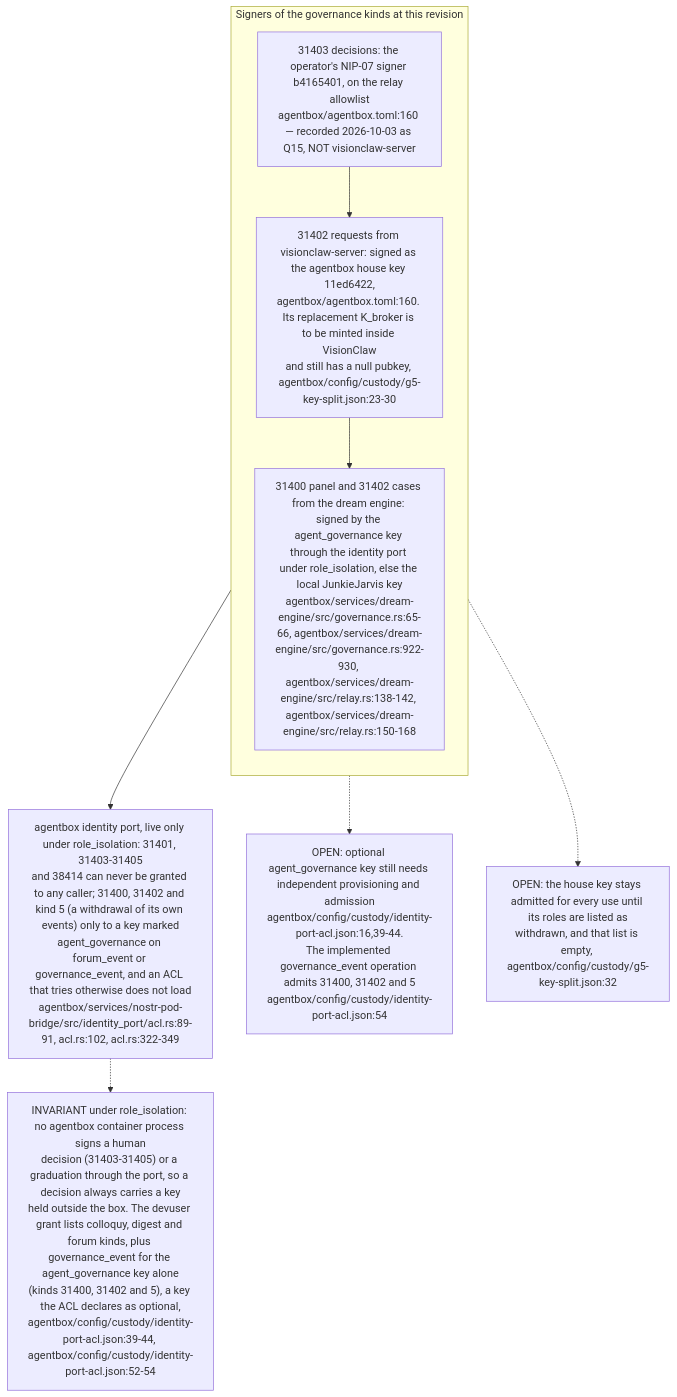
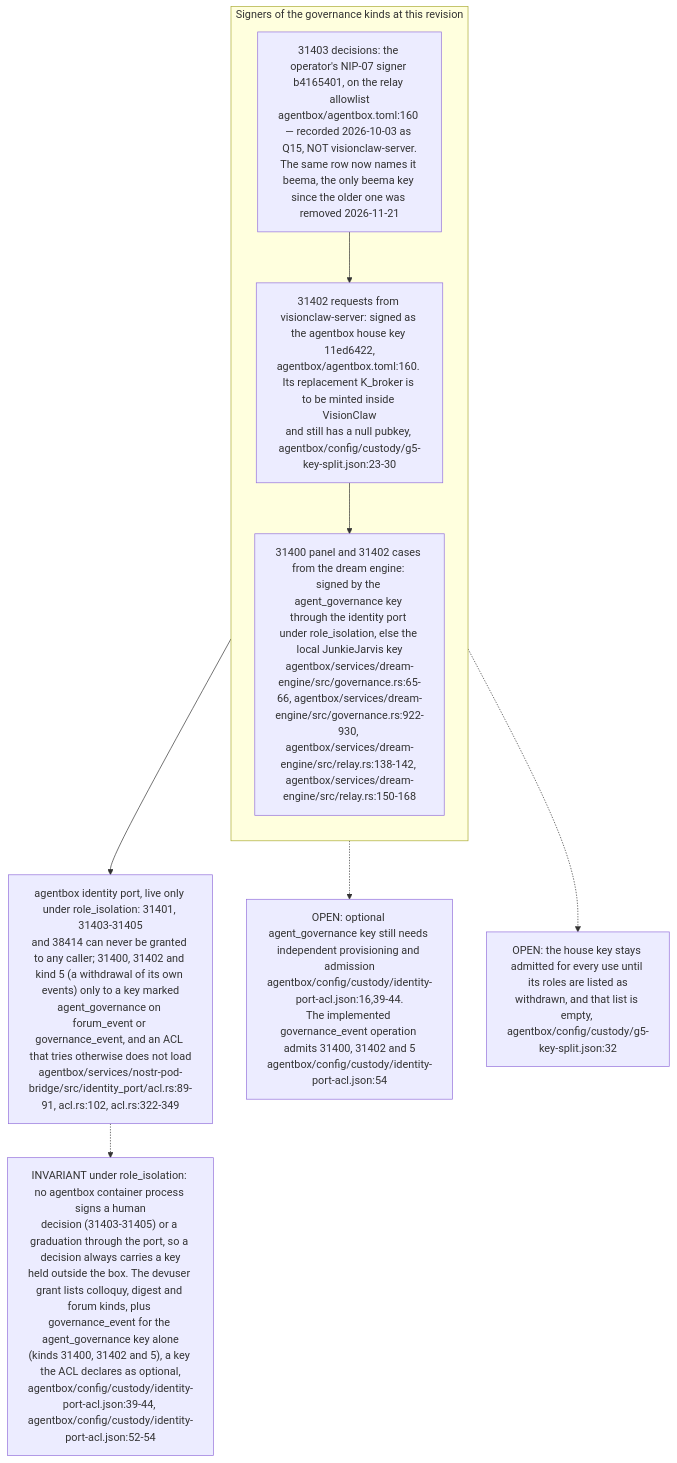
One commit to DreamLab-AI/VisionFlow changed diagram 11 of 12 in docs/diagrams/estate/05-governance-loop-across-estate.md. Above: the diagram before and after it, drawn with Mermaid. The commit also changed other lines of this file and 6 other files, not shown here.

````diff
--- a/docs/diagrams/estate/05-governance-loop-across-estate.md
+++ b/docs/diagrams/estate/05-governance-loop-across-estate.md
@@ -367,15 +370,15 @@
 ```mermaid
 flowchart TB
     subgraph SIGNERS["Signers of the governance kinds at this revision"]
         direction TB
-        DEC["31403 decisions: the operator's NIP-07 signer b4165401, on the relay allowlist<br/>agentbox/agentbox.toml:160 — recorded 2026-10-03 as Q15, NOT visionclaw-server"]
+        DEC["31403 decisions: the operator's NIP-07 signer b4165401, on the relay allowlist<br/>agentbox/agentbox.toml:160 — recorded 2026-10-03 as Q15, NOT visionclaw-server.<br/>The same row now names it beema, the only beema key since the older one was removed 2026-11-21"]
         VCS["31402 requests from visionclaw-server: signed as the agentbox house key 11ed6422,<br/>agentbox/agentbox.toml:160. Its replacement K_broker is to be minted inside VisionClaw<br/>and still has a null pubkey, agentbox/config/custody/g5-key-split.json:23-30"]
         JJ["31400 panel and 31402 cases from the dream engine: signed by the agent_governance key through the identity port under role_isolation, else the local JunkieJarvis key<br/>agentbox/services/dream-engine/src/governance.rs:65-66, agentbox/services/dream-engine/src/governance.rs:922-930, agentbox/services/dream-engine/src/relay.rs:138-142, agentbox/services/dream-engine/src/relay.rs:150-168"]
         DEC --> VCS --> JJ
     end
     PORT["agentbox identity port, live only under role_isolation: 31401, 31403-31405<br/>and 38414 can never be granted to any caller; 31400, 31402 and kind 5 (a withdrawal of its own events) only to a key marked<br/>agent_governance on forum_event or governance_event, and an ACL that tries otherwise does not load<br/>agentbox/services/nostr-pod-bridge/src/identity_port/acl.rs:89-91, acl.rs:102, acl.rs:322-349"]
     SIGNERS --> PORT
     PORT -.-> INV["INVARIANT under role_isolation: no agentbox container process signs a human<br/>decision (31403-31405) or a graduation through the port, so a decision always carries a key<br/>held outside the box. The devuser grant lists colloquy, digest and forum kinds, plus governance_event for the agent_governance key alone<br/>(kinds 31400, 31402 and 5), a key the ACL declares as optional,<br/>agentbox/config/custody/identity-port-acl.json:39-44, agentbox/config/custody/identity-port-acl.json:52-54"]
     JJ -.-> TEN["OPEN: optional agent_governance key still needs independent provisioning and admission<br/>agentbox/config/custody/identity-port-acl.json:16,39-44.<br/>The implemented governance_event operation admits 31400, 31402 and 5<br/>agentbox/config/custody/identity-port-acl.json:54"]
     VCS -.-> OPN["OPEN: the house key stays admitted for every use until its roles are listed as<br/>withdrawn, and that list is empty, agentbox/config/custody/g5-key-split.json:32"]
 ```
````
